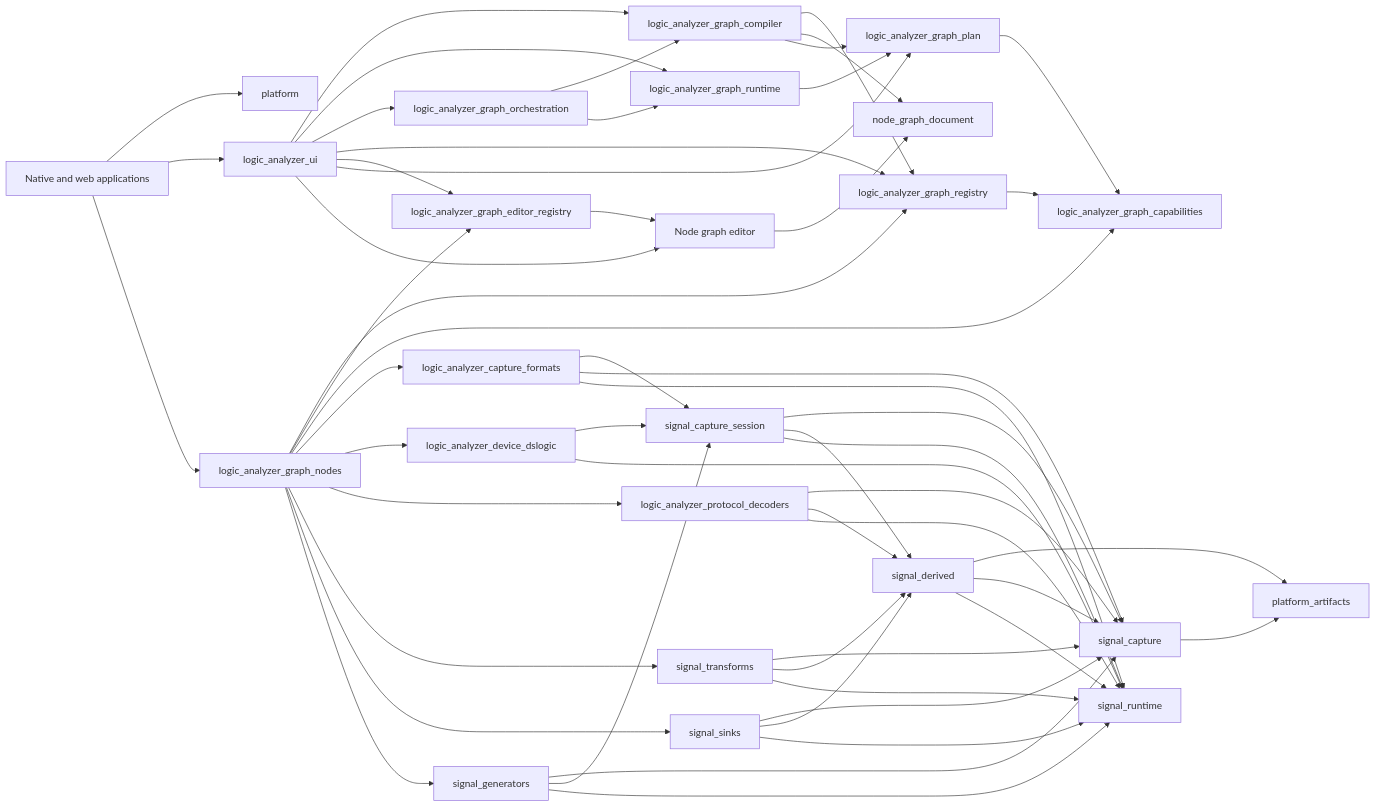
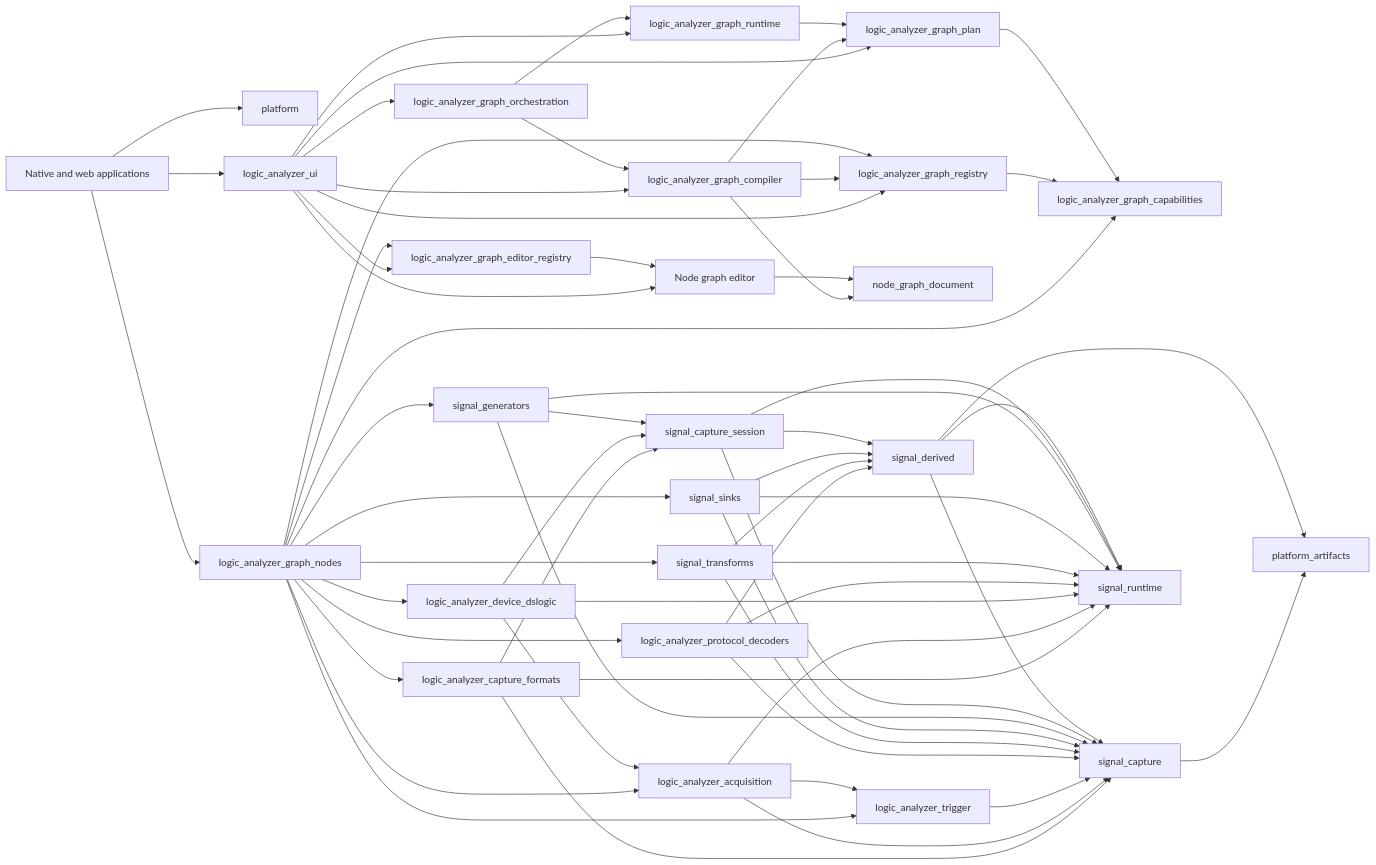
Before and after one commit to rcaelers/dsl: the diagram in docs/architecture/graph_composition.md, drawn with Mermaid. The commit also changed 94 other files, not shown here.

Commit message:
refactor(session): relocate logic-analyzer domain contracts

````diff
--- a/docs/architecture/graph_composition.md
+++ b/docs/architecture/graph_composition.md
@@ -33,60 +33,67 @@
 ```mermaid
 flowchart LR
     Apps[Native and web applications] --> Platform[platform]
     Apps --> UI[logic_analyzer_ui]
     Apps --> Nodes[logic_analyzer_graph_nodes]
 
     UI --> Compiler[logic_analyzer_graph_compiler]
     UI --> Runtime[logic_analyzer_graph_runtime]
     UI --> Orchestration[logic_analyzer_graph_orchestration]
     UI --> Registry[logic_analyzer_graph_registry]
     UI --> EditorRegistry[logic_analyzer_graph_editor_registry]
     UI --> Plan[logic_analyzer_graph_plan]
     UI --> Editor[Node graph editor]
 
     Orchestration --> Compiler
     Orchestration --> Runtime
     Compiler --> Registry
     Compiler --> Document[node_graph_document]
     Compiler --> Plan
     Runtime --> Plan
 
     Nodes --> Registry
     Nodes --> EditorRegistry
     Nodes --> Capabilities[logic_analyzer_graph_capabilities]
     Nodes --> Formats[logic_analyzer_capture_formats]
     Nodes --> Device[logic_analyzer_device_dslogic]
+    Nodes --> Acquisition[logic_analyzer_acquisition]
+    Nodes --> Trigger[logic_analyzer_trigger]
     Nodes --> Decoders[logic_analyzer_protocol_decoders]
     Nodes --> Transforms[signal_transforms]
     Nodes --> Sinks[signal_sinks]
     Nodes --> Generators[signal_generators]
     Registry --> Capabilities
     EditorRegistry --> Editor
     Editor --> Document
     Plan --> Capabilities
 
     Formats --> Session[signal_capture_session]
     Formats --> Capture[signal_capture]
     Formats --> Stream[signal_runtime]
     Device --> Session
+    Device --> Acquisition
+    Acquisition --> Trigger
+    Acquisition --> Capture
+    Acquisition --> Stream
+    Trigger --> Capture
     Device --> Stream
     Decoders --> Capture
     Decoders --> Derived[signal_derived]
     Decoders --> Stream
     Transforms --> Capture
     Transforms --> Derived
     Transforms --> Stream
     Sinks --> Capture
     Sinks --> Derived
     Sinks --> Stream
     Generators --> Capture
     Generators --> Session
     Generators --> Stream
     Session --> Capture
     Session --> Derived
     Session --> Stream
     Capture --> Artifacts[platform_artifacts]
     Derived --> Artifacts
     Derived --> Capture
     Derived --> Stream
 ```
````
